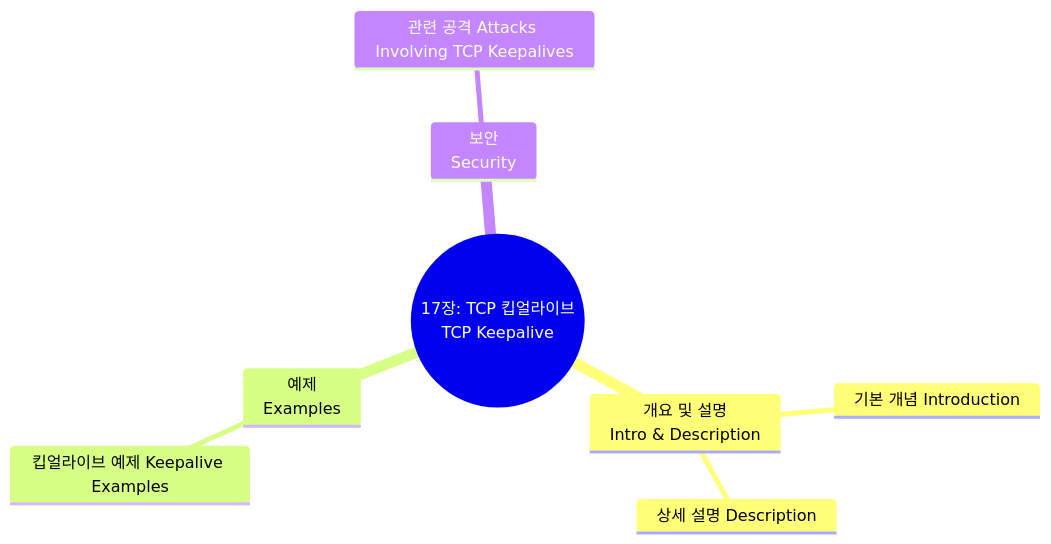
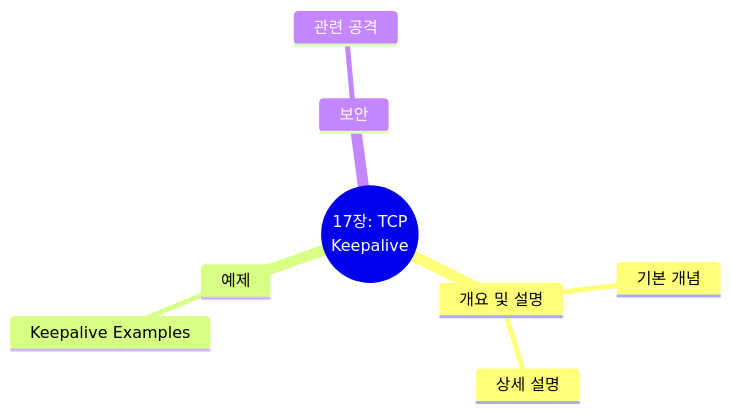
One commit to youngmin-gwon/what-i-studied changed the diagram in 01_inbox/books/tcp_ip_illustrated_1/chapter17.md. Above: the diagram before and after it, drawn with Mermaid. The commit also changed other lines of this file and 6 other files, not shown here.

````diff
--- a/01_inbox/books/tcp_ip_illustrated_1/chapter17.md
+++ b/01_inbox/books/tcp_ip_illustrated_1/chapter17.md
@@ -13,11 +13,11 @@
 ```mermaid
 mindmap
-  root((17장: TCP 킵얼라이브<br>TCP Keepalive))
-    개요 및 설명<br>Intro & Description
-      기본 개념 Introduction
-      상세 설명 Description
-    예제<br>Examples
-      킵얼라이브 예제 Keepalive Examples
-    보안<br>Security
-      관련 공격 Attacks Involving TCP Keepalives
+  root((17장: TCP<br>Keepalive))
+    개요 및 설명
+      기본 개념
+      상세 설명
+    예제
+      Keepalive Examples
+    보안
+      관련 공격
 ```
````
